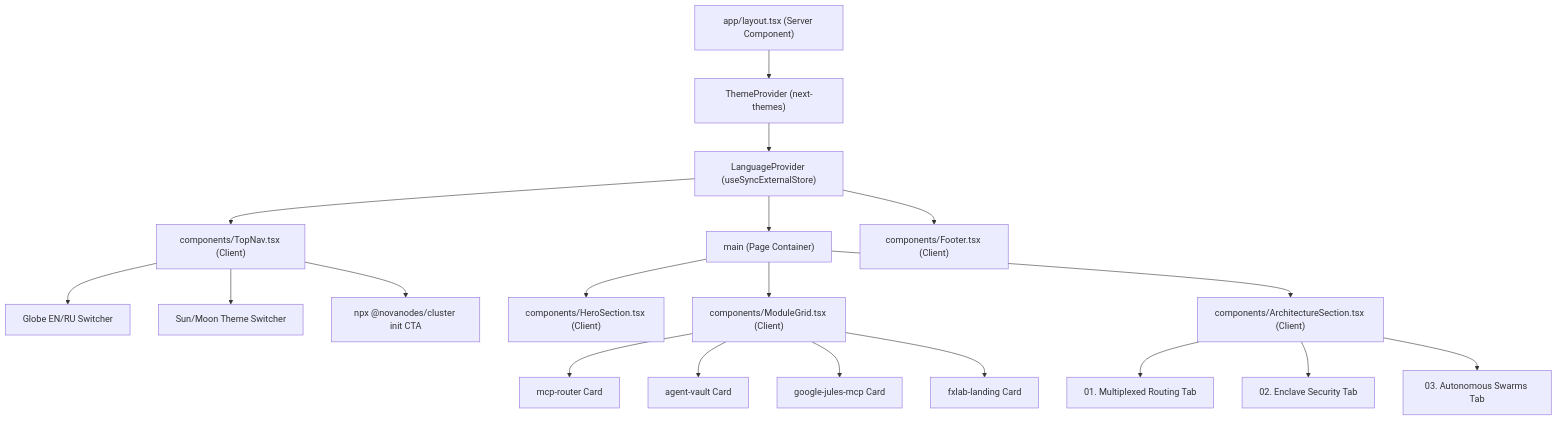
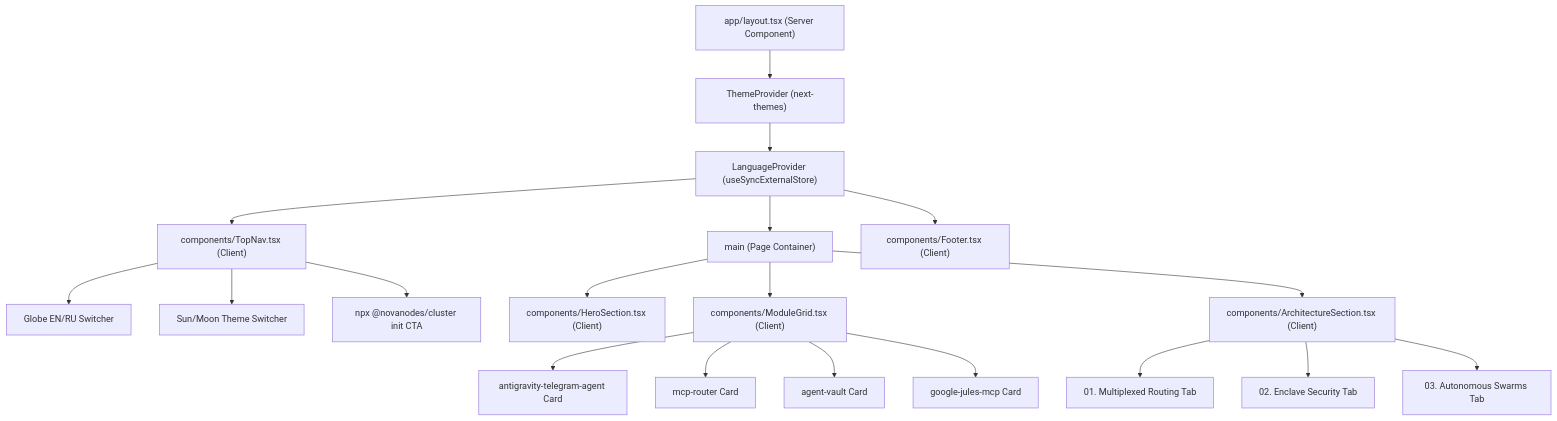
The second of 3 diagrams in docs/ARCHITECTURE.md (TheNovaNodes/thenovanodes-portal), drawn with Mermaid before and after one commit. The commit also changed other lines of this file and 4 other files, not shown here.

````diff
--- a/docs/ARCHITECTURE.md
+++ b/docs/ARCHITECTURE.md
@@ -41,26 +41,26 @@
 ```mermaid
 graph TD
     RootLayout["app/layout.tsx (Server Component)"] --> ThemeProv["ThemeProvider (next-themes)"]
     ThemeProv --> LangProv["LanguageProvider (useSyncExternalStore)"]
     
     LangProv --> TopNav["components/TopNav.tsx (Client)"]
     LangProv --> MainContent["main (Page Container)"]
     LangProv --> Footer["components/Footer.tsx (Client)"]
     
     TopNav --> LangToggle["Globe EN/RU Switcher"]
     TopNav --> ThemeToggle["Sun/Moon Theme Switcher"]
     TopNav --> DeployCTA["npx @novanodes/cluster init CTA"]
     
     MainContent --> Hero["components/HeroSection.tsx (Client)"]
     MainContent --> Modules["components/ModuleGrid.tsx (Client)"]
     MainContent --> Architecture["components/ArchitectureSection.tsx (Client)"]
     
+    Modules --> AgentCard["antigravity-telegram-agent Card"]
     Modules --> MCPCard["mcp-router Card"]
     Modules --> VaultCard["agent-vault Card"]
     Modules --> JulesCard["google-jules-mcp Card"]
-    Modules --> FxLabCard["fxlab-landing Card"]
     
     Architecture --> TabRouting["01. Multiplexed Routing Tab"]
     Architecture --> TabSecurity["02. Enclave Security Tab"]
     Architecture --> TabSwarms["03. Autonomous Swarms Tab"]
 ```
````
